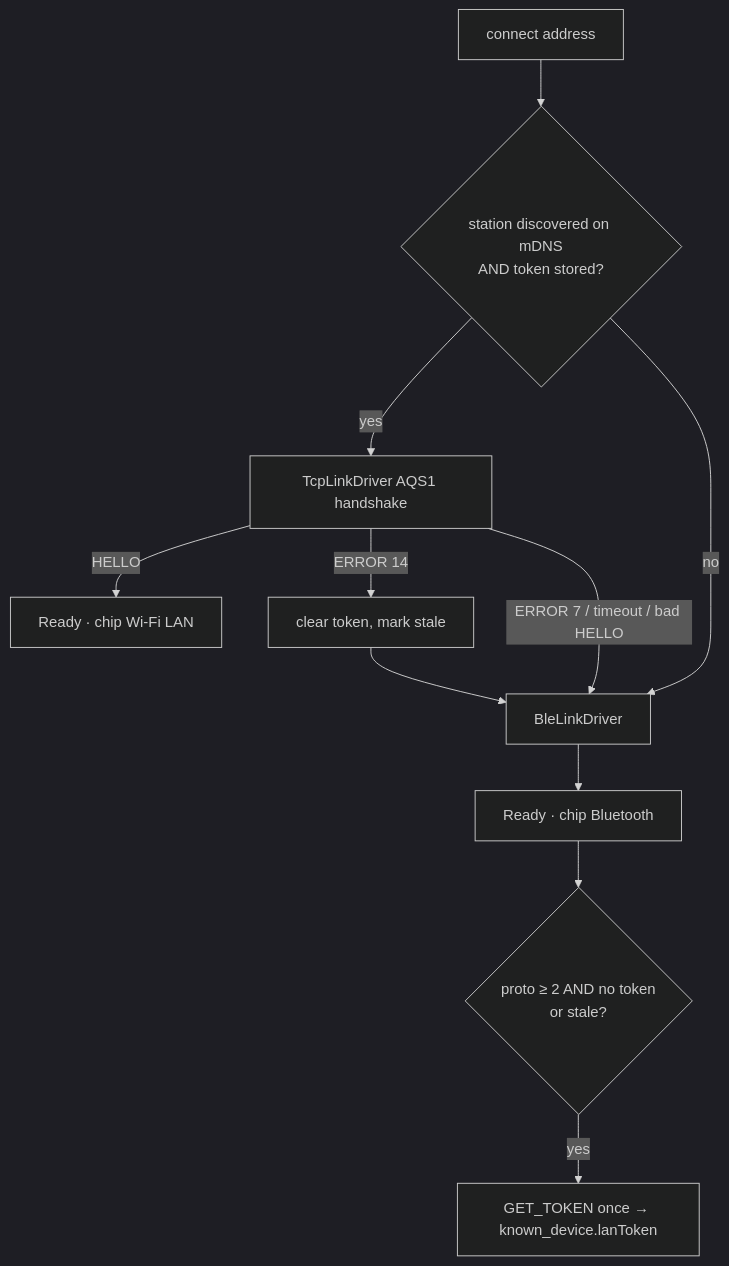
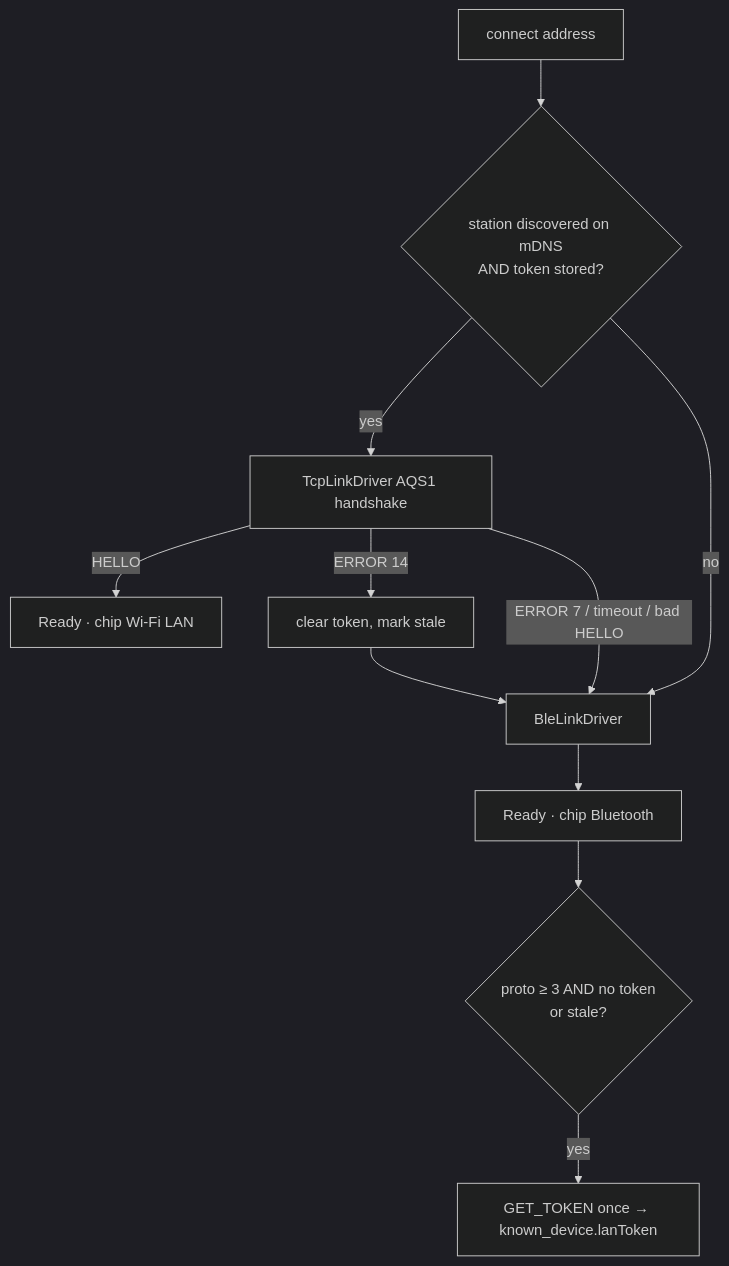
Before and after one commit to walkthru-earth/opensensor-space-mobile: the first of 2 diagrams in docs/transports.md, drawn with Mermaid (dark theme). The commit also changed other lines of this file and 11 other files, not shown here.

````diff
--- a/docs/transports.md
+++ b/docs/transports.md
@@ -9,12 +9,12 @@
 ```mermaid
 flowchart TD
   C[connect address] --> Q{station discovered on mDNS<br/>AND token stored?}
   Q -- yes --> L[TcpLinkDriver AQS1 handshake]
   L -- HELLO --> R[Ready · chip Wi-Fi LAN]
   L -- ERROR 14 --> X[clear token, mark stale] --> B
   L -- ERROR 7 / timeout / bad HELLO --> B[BleLinkDriver]
   Q -- no --> B
   B --> R2[Ready · chip Bluetooth]
-  R2 --> T{proto ≥ 2 AND no token<br/>or stale?}
+  R2 --> T{proto ≥ 3 AND no token<br/>or stale?}
   T -- yes --> G[GET_TOKEN once → known_device.lanToken]
 ```
````
